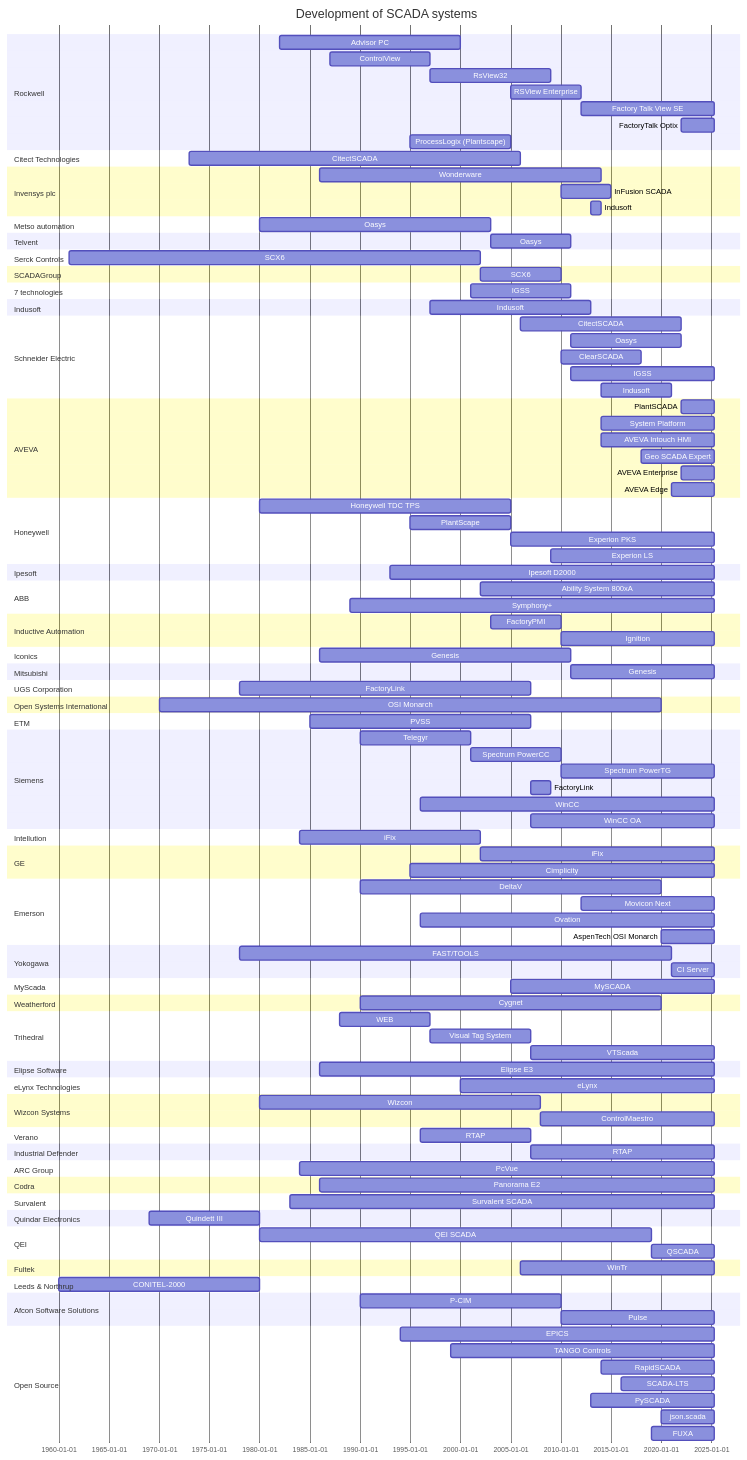
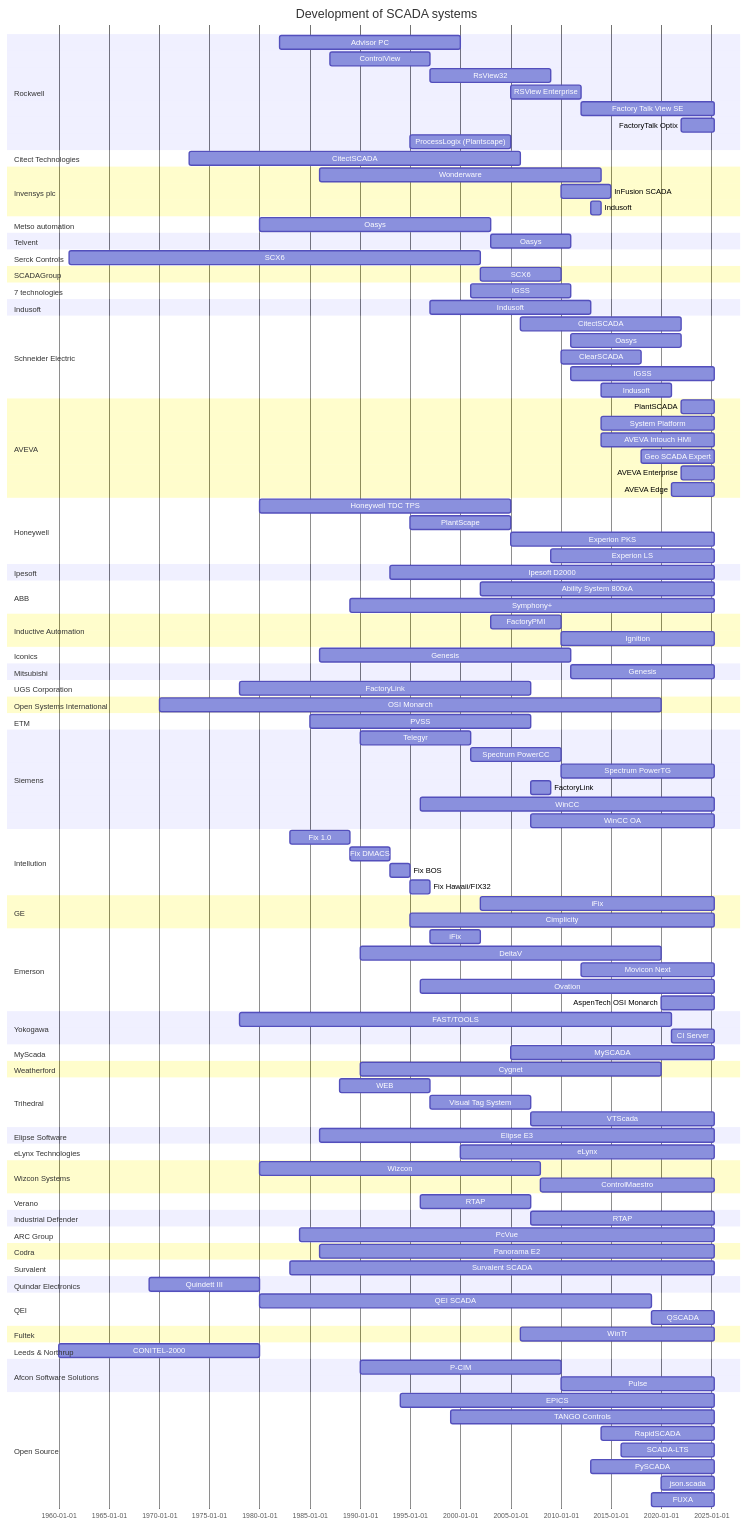
One commit to hutcheb/scada-timeline changed the diagram in README.md. Above: the diagram before and after it, drawn with Mermaid.

Commit message:
fix: Intellution, Emerson, GE Mix

```diff
--- a/README.md
+++ b/README.md
@@ -109,12 +109,21 @@
         WinCC OA :winccoa, after pvss, until 2025
     section Intellution
         %%(https://de.wikipedia.org/wiki/Proficy_iFIX)
-        iFix : intellutionfix, 1984, 2002
+        %%(https://www.servitecno.it/en/storia-e-curiosita-su-ifix-passando-da-fix-dmacs-e-bos/)
+        %%(https://www.servitecno.it/en/un-tuffo-nel-passato-40-anni-di-ifix/)
+        Fix 1.0 : the_fix, 1983, 1989
+        Fix DMACS : fix_dmacs, after the_fix, 1993
+        Fix BOS : fix_bos, after fix_dmacs, 1995
+        Fix Hawaii/FIX32 : fix_32, after fix_bos, 1997
     section GE
-        iFix : after intellutionfix, until 2025
+        %%(https://www.wwdmag.com/home/news/10906764/ge-fanuc-automation-to-acquire-intellution-from-emerson)
+        %%(https://www.controleng.com/ge-fanuc-buying-intellution-from-emerson-2/)
+        iFix : after emerson_ifix, until 2025
         %%(https://en.wikipedia.org/wiki/GE_Digital)
         Cimplicity :cimplicity, 1995, until 2025
     section Emerson
+        %%(https://mergr.com/transaction/emerson-electric-acquires-intellution)
+        iFix : emerson_ifix, after fix_32, 2002
         %%(No idea)
         DeltaV : 1990, 30y
         %%(Estimate)
```
